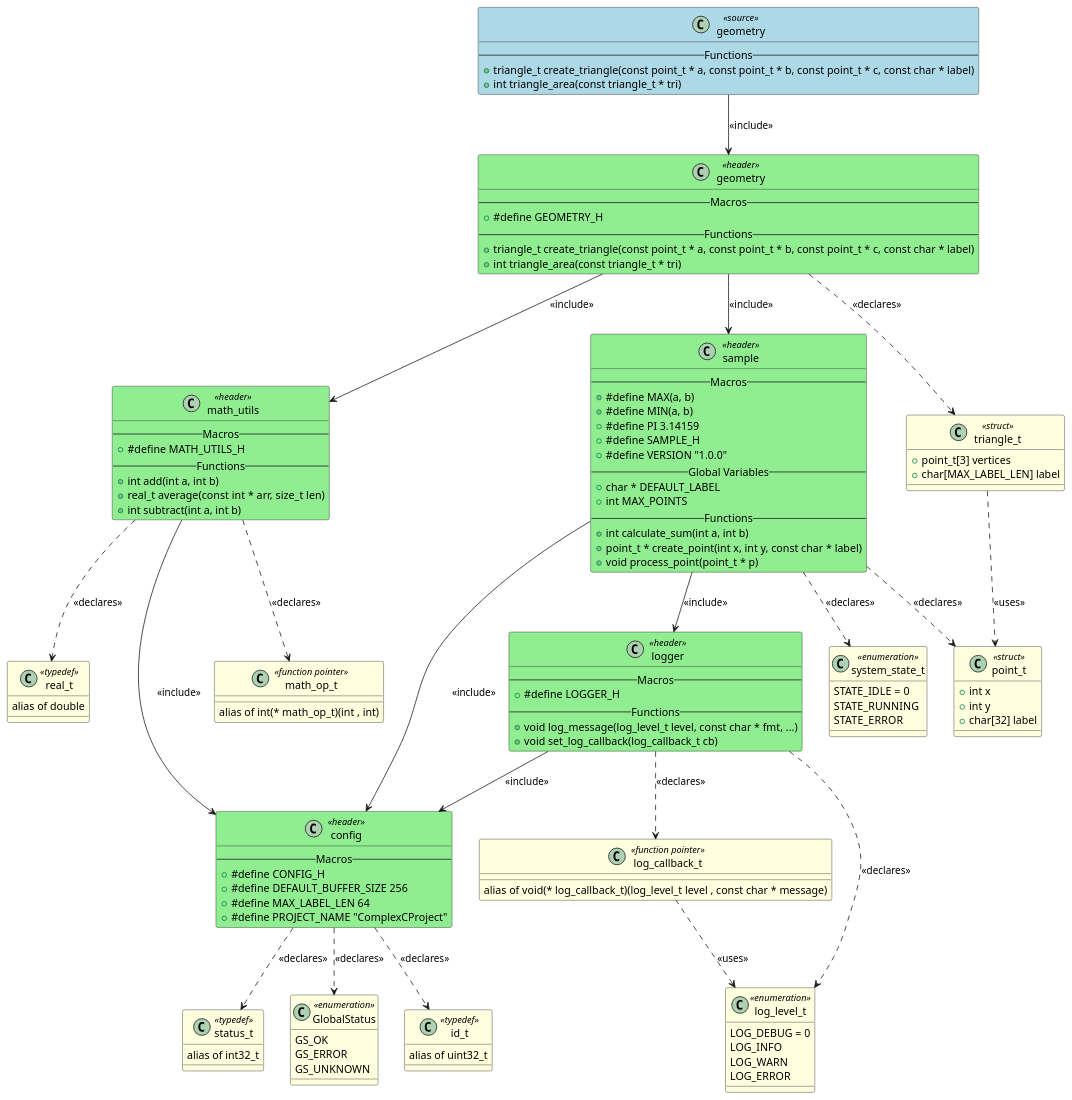
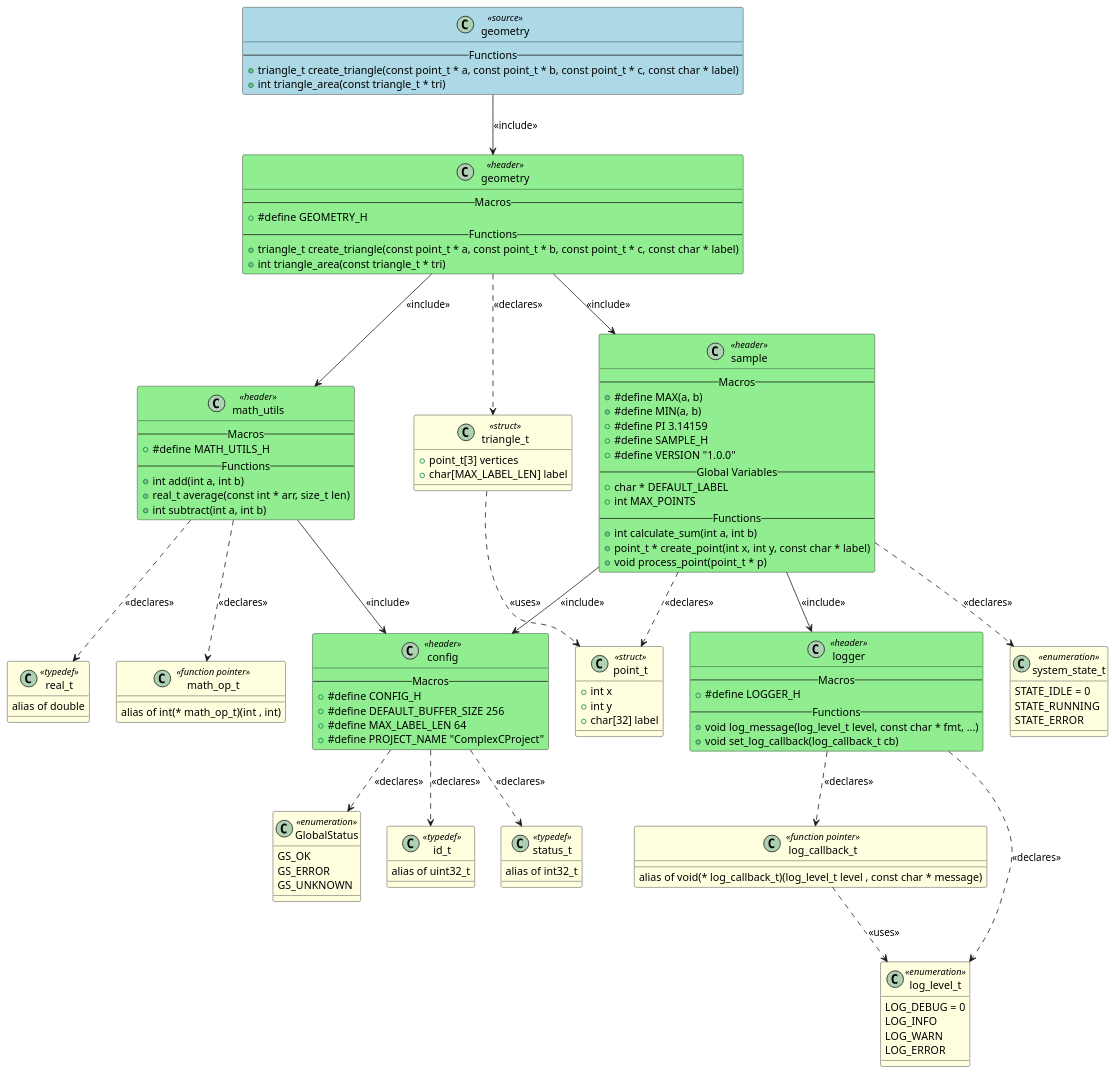
One commit to fischerjooo/c2puml changed the diagram in artifacts/output_example/geometry.puml. Above: the diagram before and after it, drawn with PlantUML. The commit also changed 17 other files, not shown here.

Commit message:
Remove unnecessary include relationships in PlantUML diagrams

```diff
--- a/artifacts/output_example/geometry.puml
+++ b/artifacts/output_example/geometry.puml
@@ -1,150 +1,149 @@
 @startuml geometry
 
 class "geometry" as GEOMETRY <<source>> #LightBlue
 {
     -- Functions --
     + triangle_t create_triangle(const point_t * a, const point_t * b, const point_t * c, const char * label)
     + int triangle_area(const triangle_t * tri)
 }
 
 class "config" as HEADER_CONFIG <<header>> #LightGreen
 {
     -- Macros --
     + #define CONFIG_H
     + #define DEFAULT_BUFFER_SIZE 256
     + #define MAX_LABEL_LEN 64
     + #define PROJECT_NAME "ComplexCProject"
 }
 
 class "geometry" as HEADER_GEOMETRY <<header>> #LightGreen
 {
     -- Macros --
     + #define GEOMETRY_H
     -- Functions --
     + triangle_t create_triangle(const point_t * a, const point_t * b, const point_t * c, const char * label)
     + int triangle_area(const triangle_t * tri)
 }
 
 class "logger" as HEADER_LOGGER <<header>> #LightGreen
 {
     -- Macros --
     + #define LOGGER_H
     -- Functions --
     + void log_message(log_level_t level, const char * fmt, ...)
     + void set_log_callback(log_callback_t cb)
 }
 
 class "math_utils" as HEADER_MATH_UTILS <<header>> #LightGreen
 {
     -- Macros --
     + #define MATH_UTILS_H
     -- Functions --
     + int add(int a, int b)
     + real_t average(const int * arr, size_t len)
     + int subtract(int a, int b)
 }
 
 class "sample" as HEADER_SAMPLE <<header>> #LightGreen
 {
     -- Macros --
     + #define MAX(a, b)
     + #define MIN(a, b)
     + #define PI 3.14159
     + #define SAMPLE_H
     + #define VERSION "1.0.0"
     -- Global Variables --
     + char * DEFAULT_LABEL
     + int MAX_POINTS
     -- Functions --
     + int calculate_sum(int a, int b)
     + point_t * create_point(int x, int y, const char * label)
     + void process_point(point_t * p)
 }
 
 class "GlobalStatus" as TYPEDEF_GLOBALSTATUS <<enumeration>> #LightYellow
 {
     GS_OK
     GS_ERROR
     GS_UNKNOWN
 }
 
 class "id_t" as TYPEDEF_ID_T <<typedef>> #LightYellow
 {
     alias of uint32_t
 }
 
 class "status_t" as TYPEDEF_STATUS_T <<typedef>> #LightYellow
 {
     alias of int32_t
 }
 
 class "triangle_t" as TYPEDEF_TRIANGLE_T <<struct>> #LightYellow
 {
     + point_t[3] vertices
     + char[MAX_LABEL_LEN] label
 }
 
 class "log_level_t" as TYPEDEF_LOG_LEVEL_T <<enumeration>> #LightYellow
 {
     LOG_DEBUG = 0
     LOG_INFO
     LOG_WARN
     LOG_ERROR
 }
 
 class "log_callback_t" as TYPEDEF_LOG_CALLBACK_T <<function pointer>> #LightYellow
 {
     alias of void(* log_callback_t)(log_level_t level , const char * message)
 }
 
 class "math_op_t" as TYPEDEF_MATH_OP_T <<function pointer>> #LightYellow
 {
     alias of int(* math_op_t)(int , int)
 }
 
 class "real_t" as TYPEDEF_REAL_T <<typedef>> #LightYellow
 {
     alias of double
 }
 
 class "point_t" as TYPEDEF_POINT_T <<struct>> #LightYellow
 {
     + int x
     + int y
     + char[32] label
 }
 
 class "system_state_t" as TYPEDEF_SYSTEM_STATE_T <<enumeration>> #LightYellow
 {
     STATE_IDLE = 0
     STATE_RUNNING
     STATE_ERROR
 }
 
 
 ' Include relationships
 GEOMETRY --> HEADER_GEOMETRY : <<include>>
 HEADER_GEOMETRY --> HEADER_MATH_UTILS : <<include>>
 HEADER_GEOMETRY --> HEADER_SAMPLE : <<include>>
-HEADER_LOGGER --> HEADER_CONFIG : <<include>>
 HEADER_MATH_UTILS --> HEADER_CONFIG : <<include>>
 HEADER_SAMPLE --> HEADER_CONFIG : <<include>>
 HEADER_SAMPLE --> HEADER_LOGGER : <<include>>
 
 ' Declaration relationships
 HEADER_CONFIG ..> TYPEDEF_GLOBALSTATUS : <<declares>>
 HEADER_CONFIG ..> TYPEDEF_ID_T : <<declares>>
 HEADER_CONFIG ..> TYPEDEF_STATUS_T : <<declares>>
 HEADER_GEOMETRY ..> TYPEDEF_TRIANGLE_T : <<declares>>
 HEADER_LOGGER ..> TYPEDEF_LOG_LEVEL_T : <<declares>>
 HEADER_LOGGER ..> TYPEDEF_LOG_CALLBACK_T : <<declares>>
 HEADER_MATH_UTILS ..> TYPEDEF_MATH_OP_T : <<declares>>
 HEADER_MATH_UTILS ..> TYPEDEF_REAL_T : <<declares>>
 HEADER_SAMPLE ..> TYPEDEF_POINT_T : <<declares>>
 HEADER_SAMPLE ..> TYPEDEF_SYSTEM_STATE_T : <<declares>>
 
 ' Uses relationships
 TYPEDEF_TRIANGLE_T ..> TYPEDEF_POINT_T : <<uses>>
 TYPEDEF_LOG_CALLBACK_T ..> TYPEDEF_LOG_LEVEL_T : <<uses>>
 
 @enduml
```
